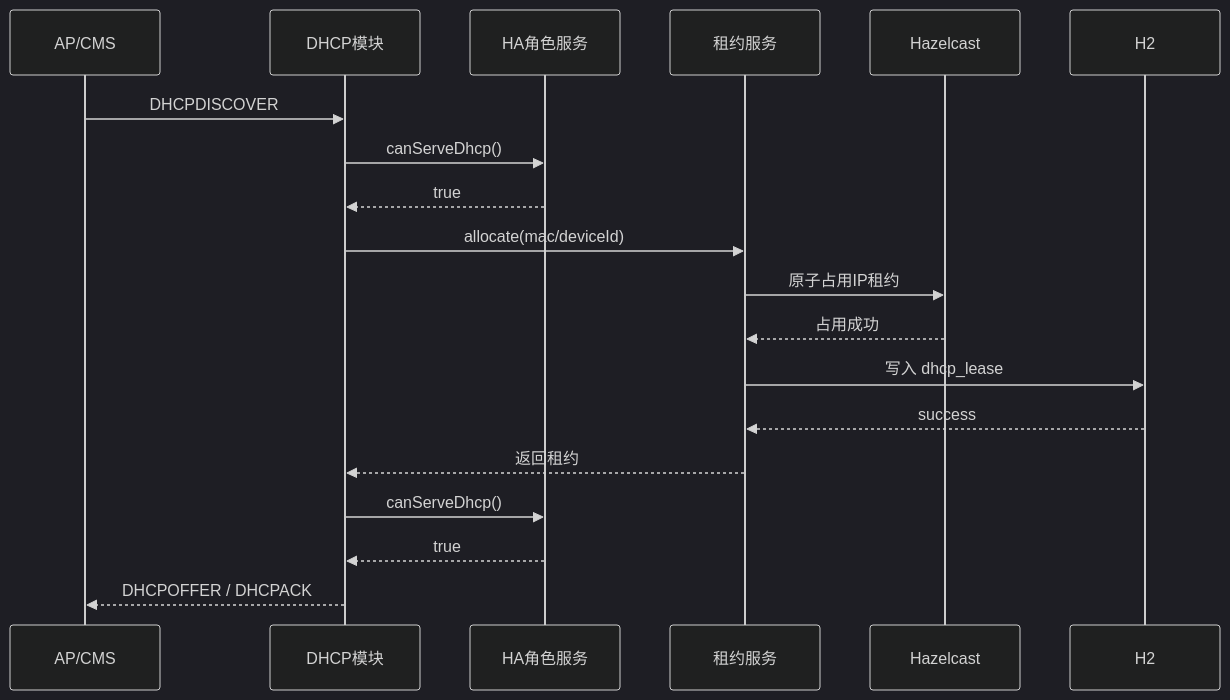
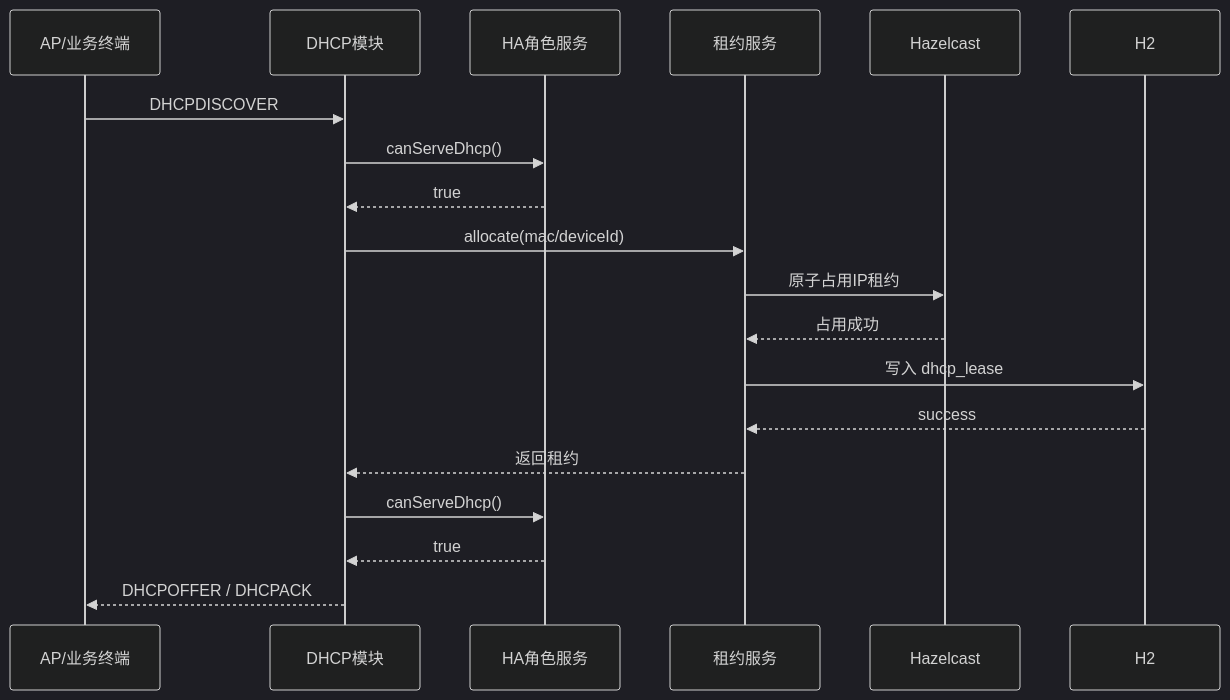
Before and after one commit to VieLune/ha-dhcp: the fifth of 5 diagrams in doc/archive/2026-05-17/ha_dhcp_research_v1.md, drawn with Mermaid (dark theme). The commit also changed other lines of this file and 6 other files, not shown here.

````diff
--- a/doc/archive/2026-05-17/ha_dhcp_research_v1.md
+++ b/doc/archive/2026-05-17/ha_dhcp_research_v1.md
@@ -183,22 +183,22 @@
 ```mermaid
 sequenceDiagram
-  participant C as AP/CMS
+  participant C as AP/业务终端
   participant D as DHCP模块
   participant HA as HA角色服务
   participant L as 租约服务
   participant HZ as Hazelcast
   participant DB as H2
 
   C->>D: DHCPDISCOVER
   D->>HA: canServeDhcp()
   HA-->>D: true
   D->>L: allocate(mac/deviceId)
   L->>HZ: 原子占用IP租约
   HZ-->>L: 占用成功
   L->>DB: 写入 dhcp_lease
   DB-->>L: success
   L-->>D: 返回租约
   D->>HA: canServeDhcp()
   HA-->>D: true
   D-->>C: DHCPOFFER / DHCPACK
 ```
````
